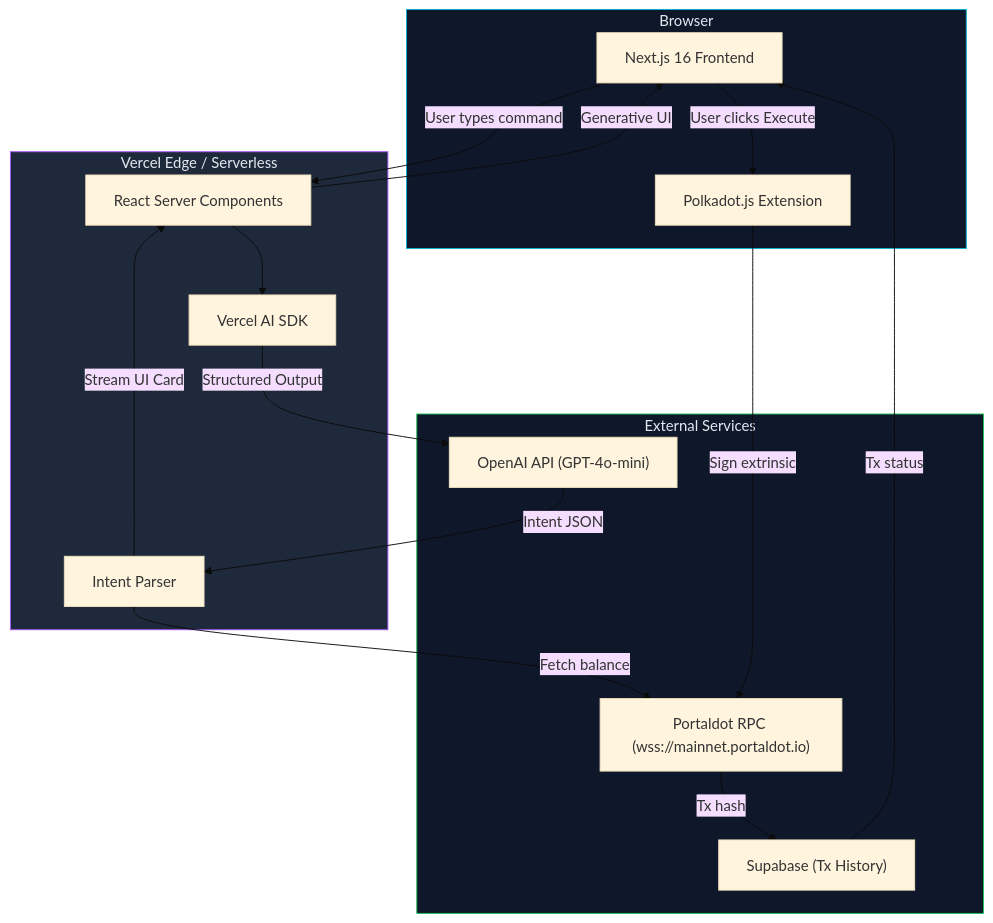
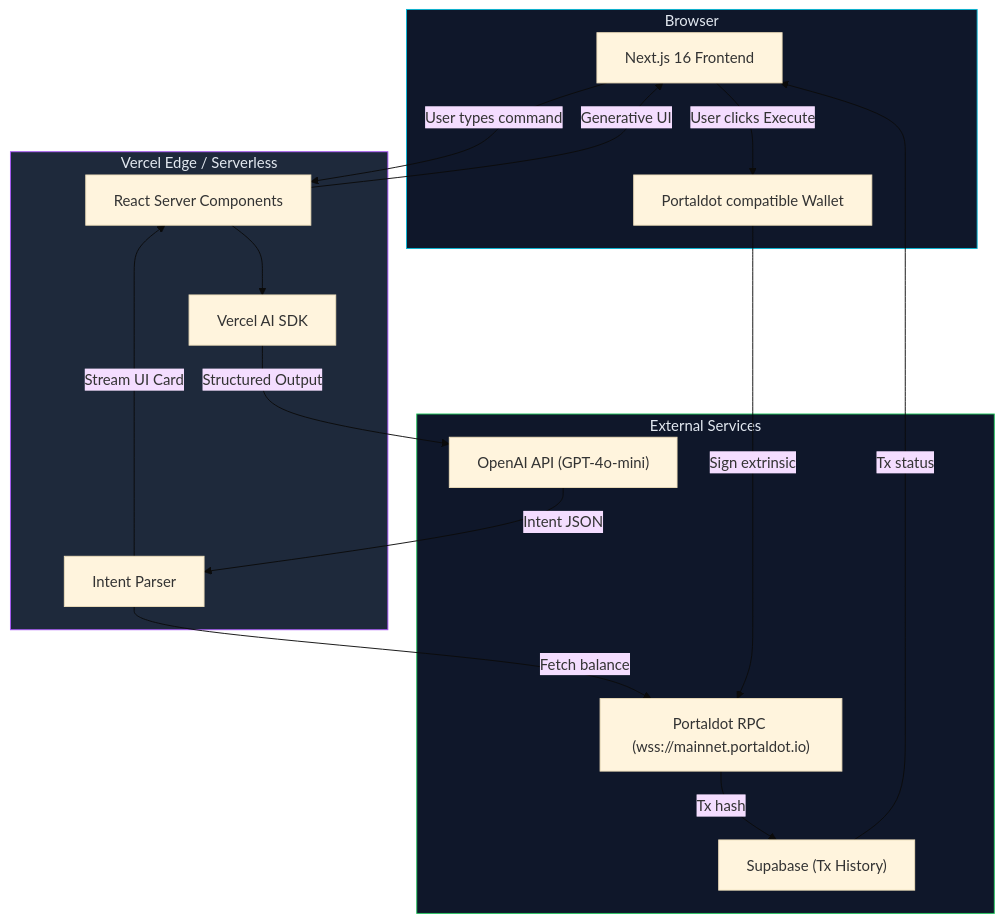
Before and after one commit to edycutjong/portaldot-hackathon-2026-potdo-edycu: the first of 3 diagrams in README.md, drawn with Mermaid (base theme). The commit also changed other lines of this file and 3 other files, not shown here.

````diff
--- a/README.md
+++ b/README.md
@@ -114,35 +114,35 @@
 ```mermaid
 graph TB
     subgraph Client["Browser"]
         UI["Next.js 16 Frontend"]
-        Wallet["Polkadot.js Extension"]
+        Wallet["Portaldot compatible Wallet"]
     end
 
     subgraph Server["Vercel Edge / Serverless"]
         RSC["React Server Components"]
         AI["Vercel AI SDK"]
         Parser["Intent Parser"]
     end
 
     subgraph External["External Services"]
         OpenAI["OpenAI API (GPT-4o-mini)"]
         RPC["Portaldot RPC (wss://mainnet.portaldot.io)"]
         Supa["Supabase (Tx History)"]
     end
 
     UI -->|"User types command"| RSC
     RSC --> AI
     AI -->|"Structured Output"| OpenAI
     OpenAI -->|"Intent JSON"| Parser
     Parser -->|"Fetch balance"| RPC
     Parser -->|"Stream UI Card"| RSC
     RSC -->|"Generative UI"| UI
     UI -->|"User clicks Execute"| Wallet
     Wallet -->|"Sign extrinsic"| RPC
     RPC -->|"Tx hash"| Supa
     Supa -->|"Tx status"| UI
 
     style Client fill:#0f172a,color:#e2e8f0,stroke:#06b6d4
     style Server fill:#1e293b,color:#e2e8f0,stroke:#a855f7
     style External fill:#0f172a,color:#e2e8f0,stroke:#22c55e
 ```
````
